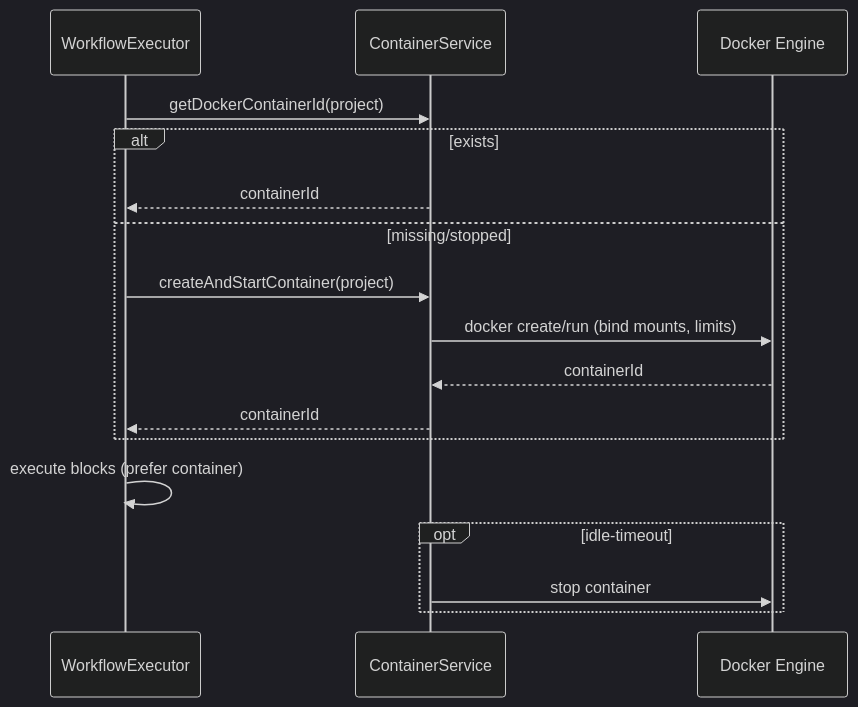
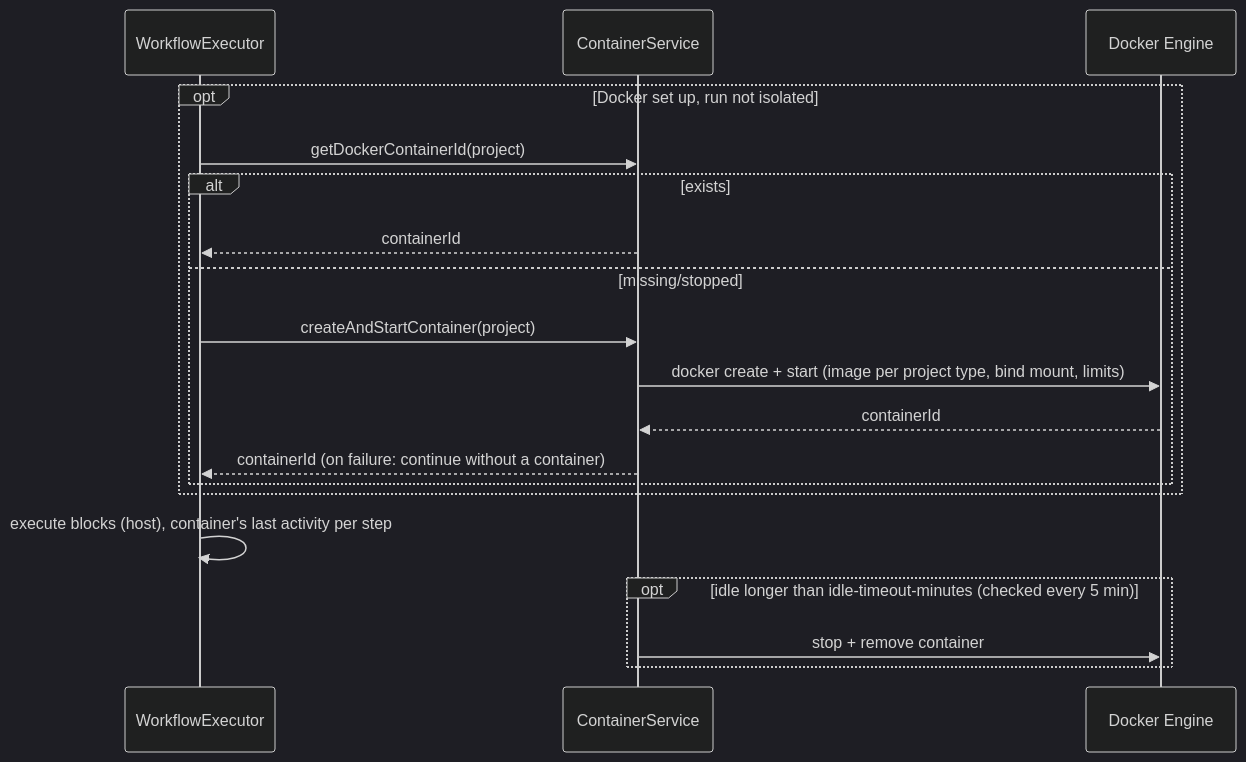
The second of 2 diagrams in docs/en/deployment-container-diagrams.md (FLSEST/MySuricates), drawn with Mermaid (dark theme) before and after one commit. The commit also changed other lines of this file and 6 other files, not shown here.

First line of the commit message:
docs(diagramme): Deployment page separates the project container from execution on the host

````diff
--- a/docs/en/deployment-container-diagrams.md
+++ b/docs/en/deployment-container-diagrams.md
@@ -50,20 +61,22 @@
 ```mermaid
 sequenceDiagram
     participant WE as WorkflowExecutor
     participant CS as ContainerService
     participant DO as Docker Engine
 
-    WE->>CS: getDockerContainerId(project)
-    alt exists
-        CS-->>WE: containerId
-    else missing/stopped
-        WE->>CS: createAndStartContainer(project)
-        CS->>DO: docker create/run (bind mounts, limits)
-        DO-->>CS: containerId
-        CS-->>WE: containerId
+    opt Docker set up, run not isolated
+        WE->>CS: getDockerContainerId(project)
+        alt exists
+            CS-->>WE: containerId
+        else missing/stopped
+            WE->>CS: createAndStartContainer(project)
+            CS->>DO: docker create + start (image per project type, bind mount, limits)
+            DO-->>CS: containerId
+            CS-->>WE: containerId (on failure: continue without a container)
+        end
     end
-    WE->>WE: execute blocks (prefer container)
-    opt idle-timeout
-        CS->>DO: stop container
+    WE->>WE: execute blocks (host), container's last activity per step
+    opt idle longer than idle-timeout-minutes (checked every 5 min)
+        CS->>DO: stop + remove container
     end
 ```
````
